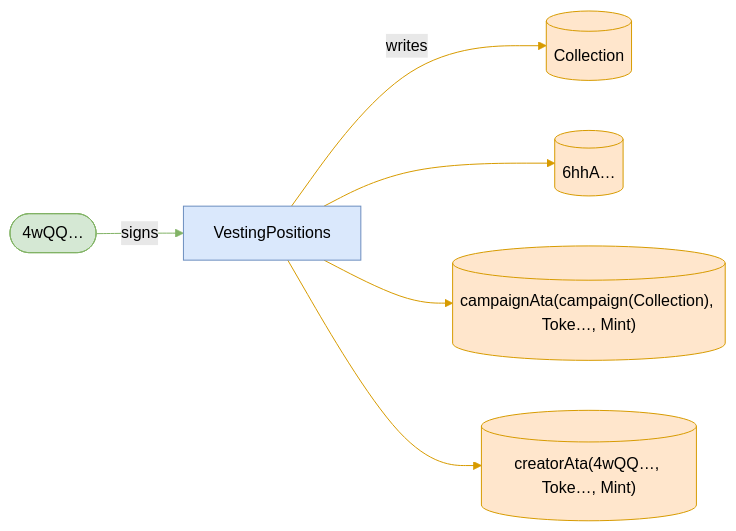
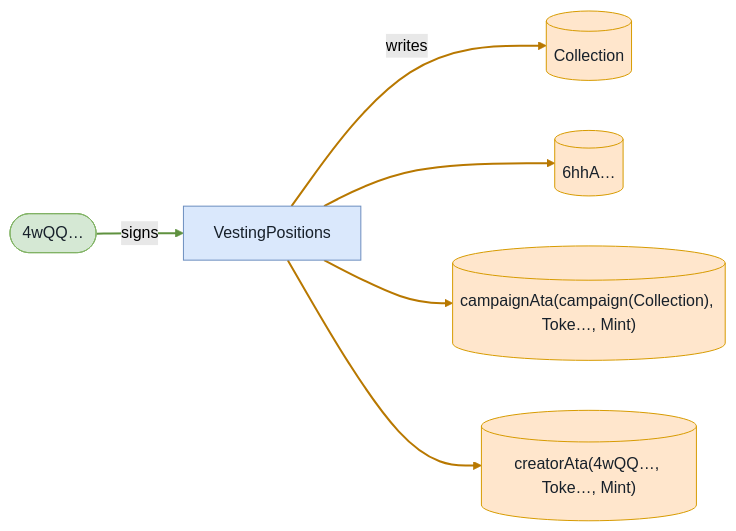
Before and after one commit to cds-turbin3/vesting-position: the eighth of 9 diagrams in babelfish-tests/test-report/clawback_requires_creator.md, drawn with Mermaid (forest theme). The commit also changed other lines of this file and 106 other files, not shown here.

````diff
--- a/babelfish-tests/test-report/clawback_requires_creator.md
+++ b/babelfish-tests/test-report/clawback_requires_creator.md
@@ -394,19 +392,19 @@
 ```mermaid
 flowchart LR
     VestingPositions["VestingPositions"]:::program
     n4wQQ(["4wQQ…"]):::signer
     Collection[("Collection")]:::state
     n6hhA[("6hhA…")]:::state
     campaignAtacampaignCollectionTokeMint[("campaignAta(campaign(Collection), Toke…, Mint)")]:::state
     creatorAta4wQQTokeMint[("creatorAta(4wQQ…, Toke…, Mint)")]:::state
     n4wQQ -->|signs| VestingPositions
     VestingPositions -->|writes| Collection
     VestingPositions --> n6hhA
     VestingPositions --> campaignAtacampaignCollectionTokeMint
     VestingPositions --> creatorAta4wQQTokeMint
-    classDef program fill:#dae8fc,stroke:#6c8ebf;
-    classDef signer fill:#d5e8d4,stroke:#82b366;
-    classDef state fill:#ffe6cc,stroke:#d79b00;
-    linkStyle 0 stroke:#82b366
-    linkStyle 1,2,3,4 stroke:#d79b00
+    classDef program fill:#dae8fc,stroke:#6c8ebf,color:#17202a;
+    classDef signer fill:#d5e8d4,stroke:#82b366,color:#17202a;
+    classDef state fill:#ffe6cc,stroke:#d79b00,color:#17202a;
+    linkStyle 0 stroke:#5f913f,stroke-width:2px
+    linkStyle 1,2,3,4 stroke:#b87800,stroke-width:2px
 ```
````
